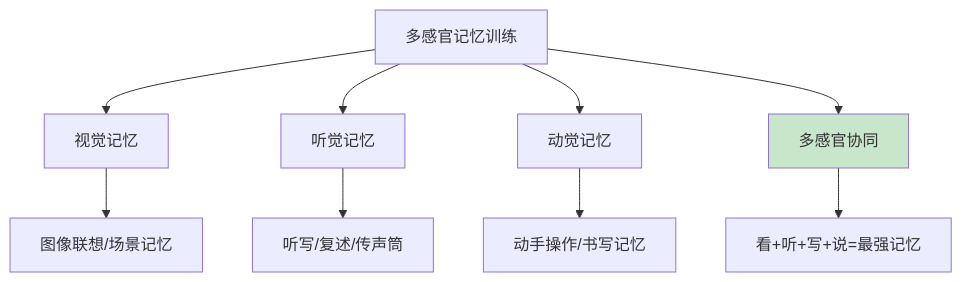
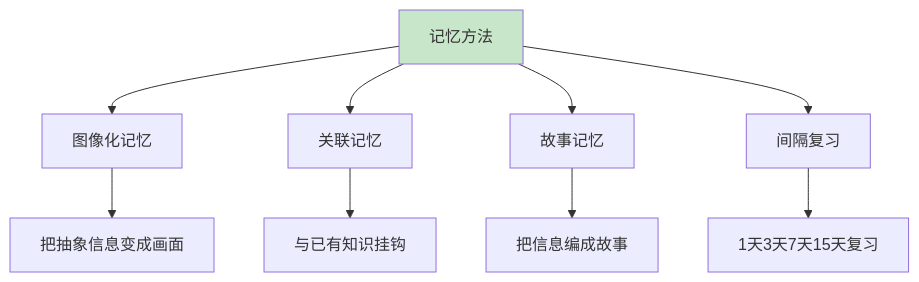
Before and after one commit to chongyang211/YCBookBlog: the third of 7 diagrams in 10.打工充平常记录/10.自我精进七课/07.底层思维的训练/7.4记忆能力的训练.md, drawn with Mermaid. The commit also changed other lines of this file and 55 other files, not shown here.

````diff
--- a/10.打工充平常记录/10.自我精进七课/07.底层思维的训练/7.4记忆能力的训练.md
+++ b/10.打工充平常记录/10.自我精进七课/07.底层思维的训练/7.4记忆能力的训练.md
@@ -146,12 +101,12 @@
 ```mermaid
 graph TD
-    A[多感官记忆训练] --> B[视觉记忆]
-    A --> C[听觉记忆]
-    A --> D[动觉记忆]
-    A --> E[多感官协同]
-    B --> B1[图像联想/场景记忆]
-    C --> C1[听写/复述/传声筒]
-    D --> D1[动手操作/书写记忆]
-    E --> E1[看+听+写+说=最强记忆]
-    style E fill:#c8e6c9
+    A[记忆方法] --> B[图像化记忆]
+    A --> C[关联记忆]
+    A --> D[故事记忆]
+    A --> E[间隔复习]
+    B --> B1[把抽象信息变成画面]
+    C --> C1[与已有知识挂钩]
+    D --> D1[把信息编成故事]
+    E --> E1[1天3天7天15天复习]
+    style A fill:#c8e6c9
 ```
````
